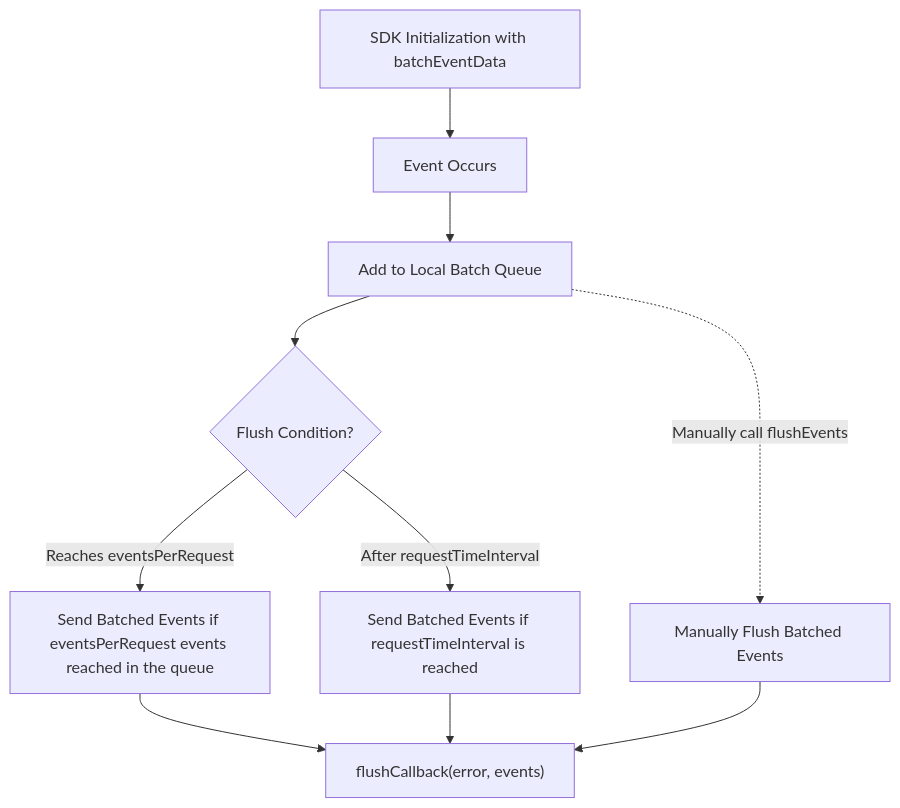
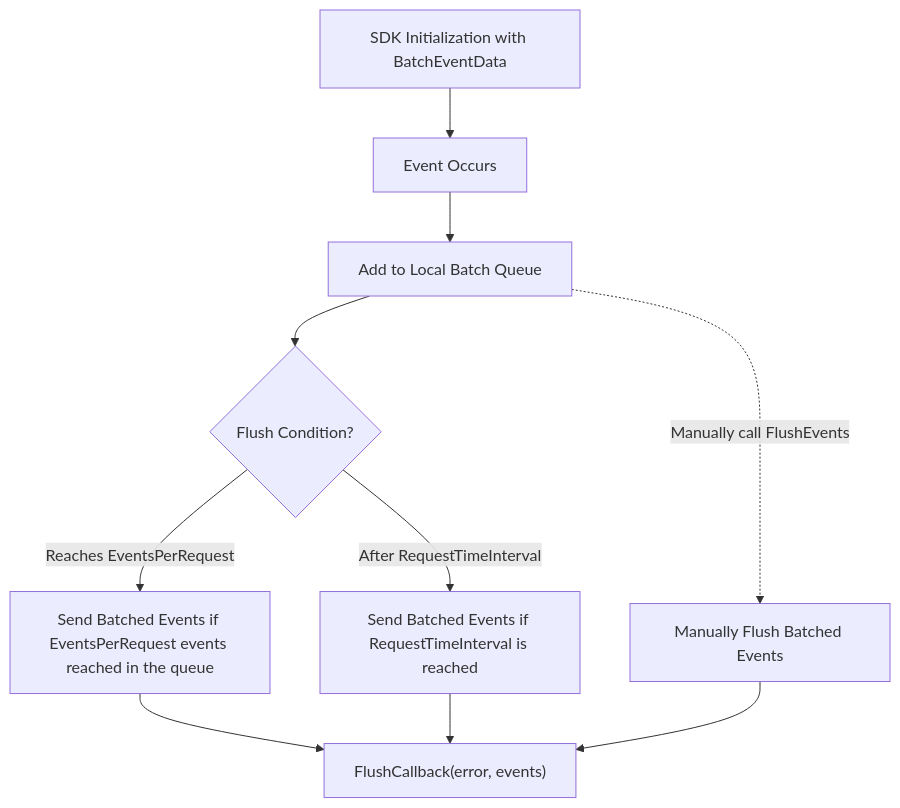
One commit to wingify/readme-central changed the diagram in docs/SDK Reference/server-side-sdks/fme-dotnet/fme-dotnet-event-batching.md. Above: the diagram before and after it, drawn with Mermaid. The commit also changed other lines of this file, not shown here.

Commit message:
Update doc `fme-dotnet-event-batching`

````diff
--- a/docs/SDK Reference/server-side-sdks/fme-dotnet/fme-dotnet-event-batching.md
+++ b/docs/SDK Reference/server-side-sdks/fme-dotnet/fme-dotnet-event-batching.md
@@ -221,26 +200,26 @@
 ```mermaid
 flowchart TD
-    A["SDK Initialization with batchEventData"] --> B["Event Occurs"]
+    A["SDK Initialization with BatchEventData"] --> B["Event Occurs"]
     B --> C["Add to Local Batch Queue"]
 
     %% Automatic Flushing triggers
     C --> D1{"Flush Condition?"}
-    D1 -->|"Reaches eventsPerRequest"| E1["Send Batched Events if eventsPerRequest events reached in the queue"]
-    D1 -->|"After requestTimeInterval"| E2["Send Batched Events if requestTimeInterval is reached"]
+    D1 -->|"Reaches EventsPerRequest"| E1["Send Batched Events if EventsPerRequest events reached in the queue"]
+    D1 -->|"After RequestTimeInterval"| E2["Send Batched Events if RequestTimeInterval is reached"]
 
     %% Manual Flush
-    C -.->|"Manually call flushEvents"| E3["Manually Flush Batched Events"]
+    C -.->|"Manually call FlushEvents"| E3["Manually Flush Batched Events"]
 
     %% All flushes trigger callback
-    E1 --> X["flushCallback(error, events)"]
+    E1 --> X["FlushCallback(error, events)"]
     E2 --> X
     E3 --> X
 
     %% Assign classes
     class A,B,C,D1,E1,E2,E3 step;
     class X callback;
 
 		%% Define styles
     classDef check fill:#bbf,stroke:#333,stroke-width:1px,color:#000
 
 ```
````
